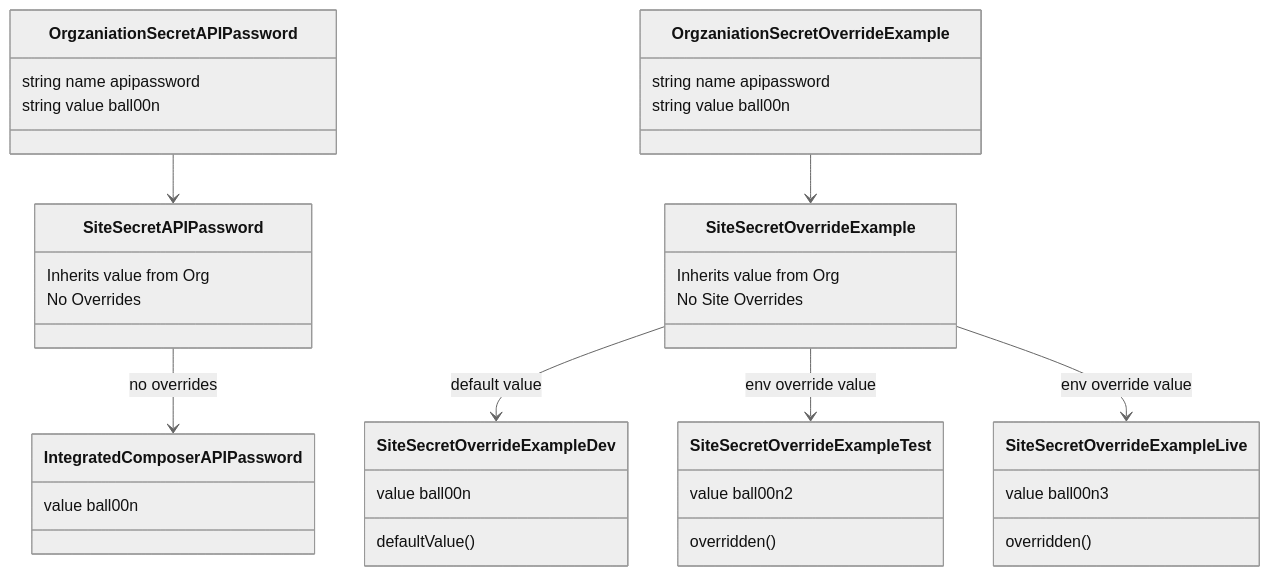
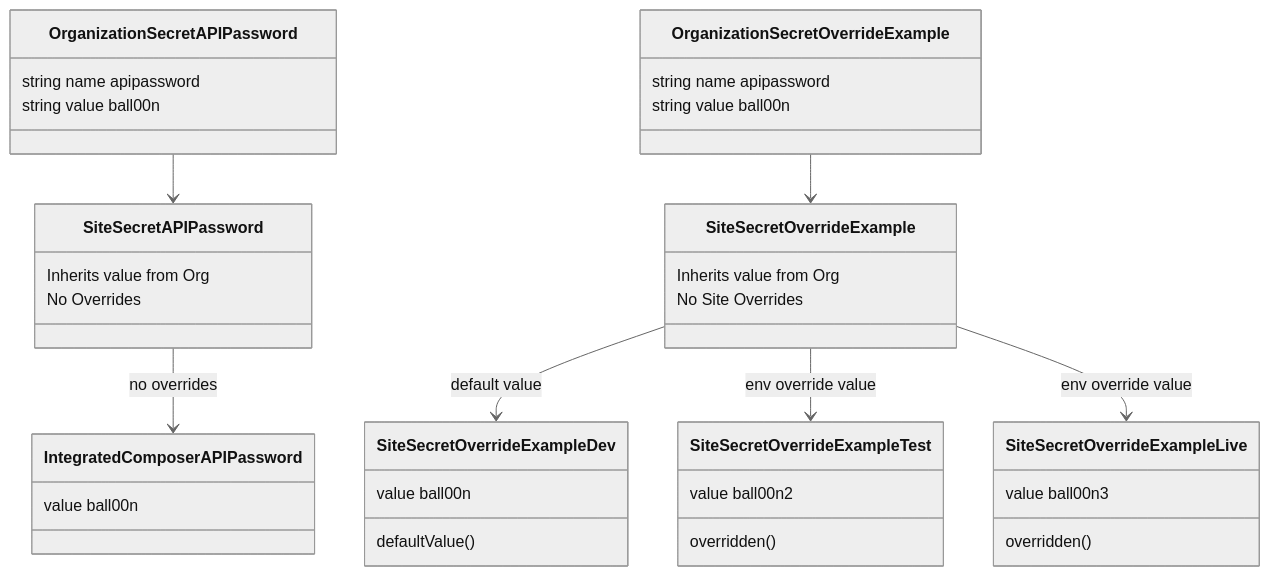
Before and after one commit to pantheon-systems/terminus-secrets-manager-plugin: the diagram in README.md, drawn with Mermaid (neutral theme).

Commit message:
readme typo fix

````diff
--- a/README.md
+++ b/README.md
@@ -107,25 +107,25 @@
 ```mermaid
 classDiagram
-OrgzaniationSecretAPIPassword --> SiteSecretAPIPassword 
+OrganizationSecretAPIPassword --> SiteSecretAPIPassword 
 SiteSecretAPIPassword  --> IntegratedComposerAPIPassword : no overrides
-OrgzaniationSecretAPIPassword : string name apipassword
-OrgzaniationSecretAPIPassword : string value ball00n
+OrganizationSecretAPIPassword : string name apipassword
+OrganizationSecretAPIPassword : string value ball00n
 SiteSecretAPIPassword : Inherits value from Org 
 SiteSecretAPIPassword : No Overrides
 IntegratedComposerAPIPassword: value ball00n
 
-OrgzaniationSecretOverrideExample --> SiteSecretOverrideExample
+OrganizationSecretOverrideExample --> SiteSecretOverrideExample
 SiteSecretOverrideExample --> SiteSecretOverrideExampleDev : default value
 SiteSecretOverrideExample --> SiteSecretOverrideExampleTest : env override value
 SiteSecretOverrideExample --> SiteSecretOverrideExampleLive : env override value
-OrgzaniationSecretOverrideExample : string name apipassword
-OrgzaniationSecretOverrideExample : string value ball00n
+OrganizationSecretOverrideExample : string name apipassword
+OrganizationSecretOverrideExample : string value ball00n
 SiteSecretOverrideExample : Inherits value from Org 
 SiteSecretOverrideExample : No Site Overrides
 SiteSecretOverrideExampleDev: value ball00n
 SiteSecretOverrideExampleDev: defaultValue()
 SiteSecretOverrideExampleTest: value ball00n2
 SiteSecretOverrideExampleTest: overridden()
 SiteSecretOverrideExampleLive: value ball00n3
 SiteSecretOverrideExampleLive: overridden()
 ```
````
